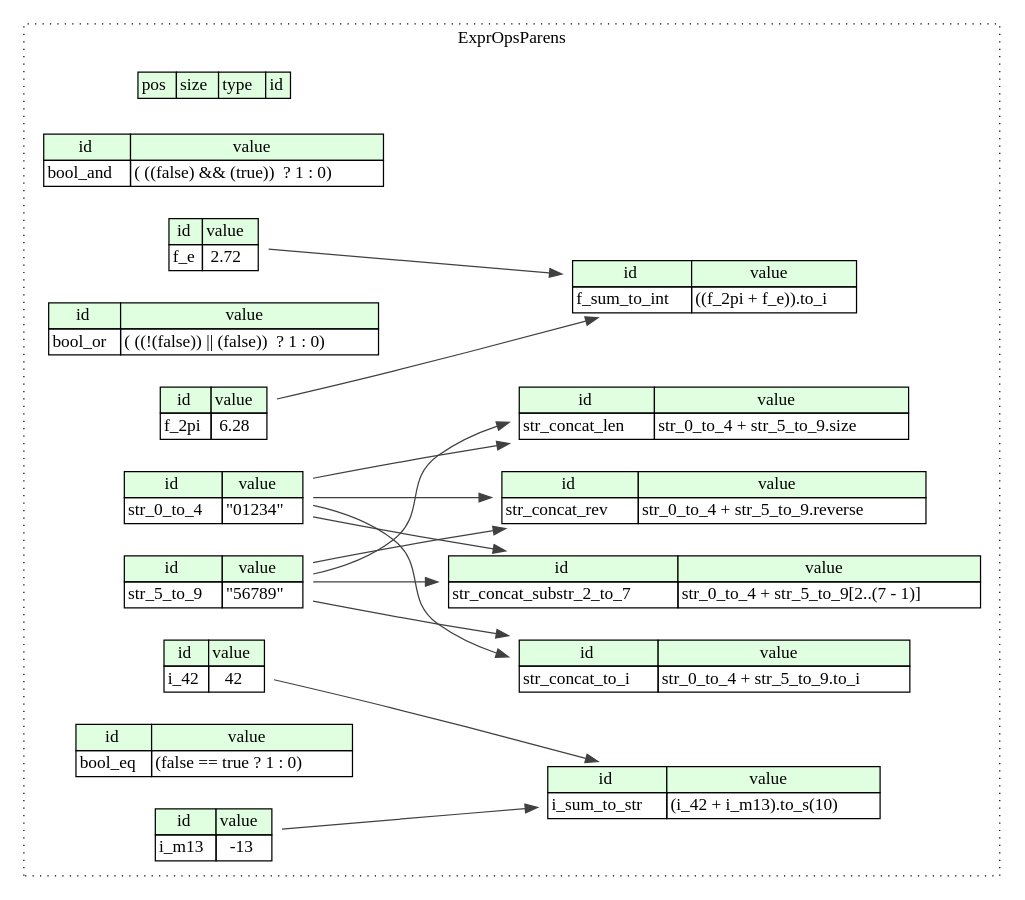
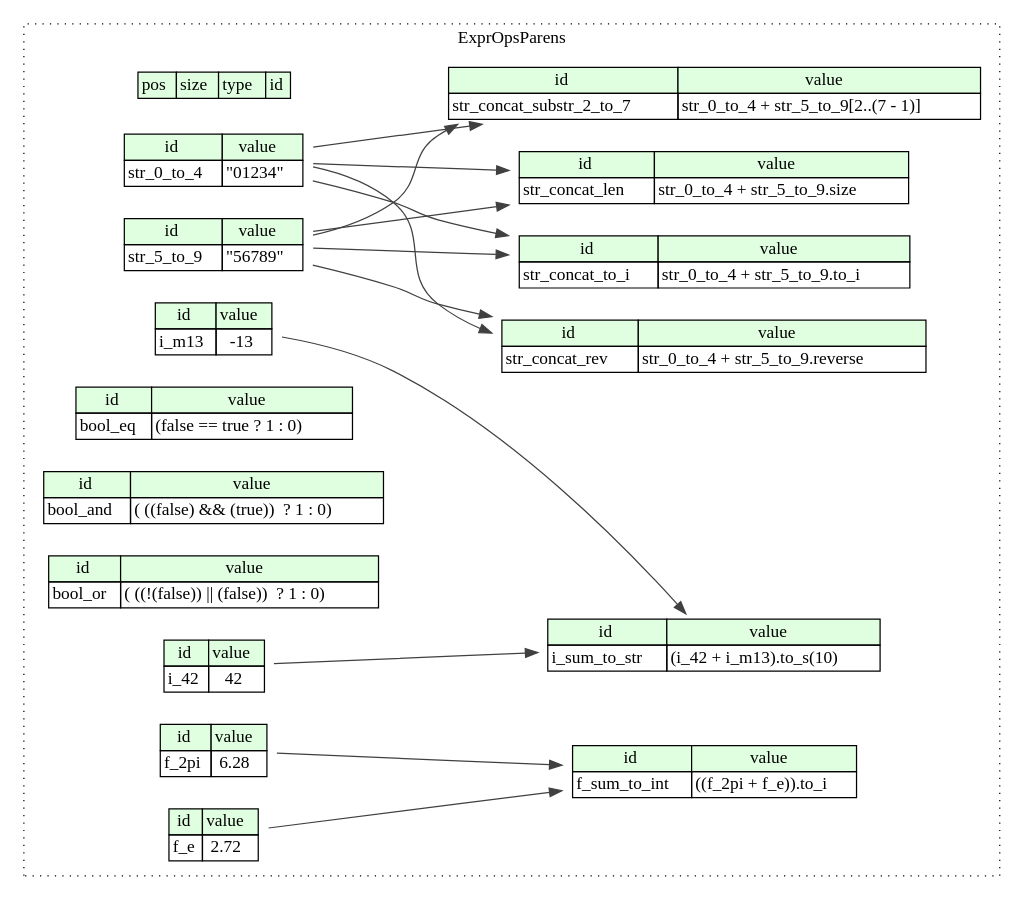
One commit to kaitai-io/ci_targets changed the diagram in compiled/graphviz/expr_ops_parens.dot. Above: the diagram before and after it, drawn with Graphviz. The commit also changed other lines of this file and 388 other files, not shown here.

```diff
--- a/compiled/graphviz/expr_ops_parens.dot
+++ b/compiled/graphviz/expr_ops_parens.dot
@@ -1,84 +1,84 @@
 digraph {
 	rankdir=LR;
 	node [shape=plaintext];
 	subgraph cluster__expr_ops_parens {
 		label="ExprOpsParens";
 		graph[style=dotted];
 
 		expr_ops_parens__seq [label=<<TABLE BORDER="0" CELLBORDER="1" CELLSPACING="0">
 			<TR><TD BGCOLOR="#E0FFE0">pos</TD><TD BGCOLOR="#E0FFE0">size</TD><TD BGCOLOR="#E0FFE0">type</TD><TD BGCOLOR="#E0FFE0">id</TD></TR>
 		</TABLE>>];
-		expr_ops_parens__inst__bool_and [label=<<TABLE BORDER="0" CELLBORDER="1" CELLSPACING="0">
-			<TR><TD BGCOLOR="#E0FFE0">id</TD><TD BGCOLOR="#E0FFE0">value</TD></TR>
-			<TR><TD>bool_and</TD><TD>( ((false) &amp;&amp; (true))  ? 1 : 0)</TD></TR>
-		</TABLE>>];
-		expr_ops_parens__inst__str_0_to_4 [label=<<TABLE BORDER="0" CELLBORDER="1" CELLSPACING="0">
-			<TR><TD BGCOLOR="#E0FFE0">id</TD><TD BGCOLOR="#E0FFE0">value</TD></TR>
-			<TR><TD>str_0_to_4</TD><TD>&quot;01234&quot;</TD></TR>
-		</TABLE>>];
-		expr_ops_parens__inst__bool_or [label=<<TABLE BORDER="0" CELLBORDER="1" CELLSPACING="0">
-			<TR><TD BGCOLOR="#E0FFE0">id</TD><TD BGCOLOR="#E0FFE0">value</TD></TR>
-			<TR><TD>bool_or</TD><TD>( ((!(false)) || (false))  ? 1 : 0)</TD></TR>
-		</TABLE>>];
-		expr_ops_parens__inst__f_e [label=<<TABLE BORDER="0" CELLBORDER="1" CELLSPACING="0">
-			<TR><TD BGCOLOR="#E0FFE0">id</TD><TD BGCOLOR="#E0FFE0">value</TD></TR>
-			<TR><TD>f_e</TD><TD>2.72</TD></TR>
-		</TABLE>>];
-		expr_ops_parens__inst__f_sum_to_int [label=<<TABLE BORDER="0" CELLBORDER="1" CELLSPACING="0">
-			<TR><TD BGCOLOR="#E0FFE0">id</TD><TD BGCOLOR="#E0FFE0">value</TD></TR>
-			<TR><TD>f_sum_to_int</TD><TD>((f_2pi + f_e)).to_i</TD></TR>
-		</TABLE>>];
-		expr_ops_parens__inst__f_2pi [label=<<TABLE BORDER="0" CELLBORDER="1" CELLSPACING="0">
-			<TR><TD BGCOLOR="#E0FFE0">id</TD><TD BGCOLOR="#E0FFE0">value</TD></TR>
-			<TR><TD>f_2pi</TD><TD>6.28</TD></TR>
-		</TABLE>>];
-		expr_ops_parens__inst__str_concat_rev [label=<<TABLE BORDER="0" CELLBORDER="1" CELLSPACING="0">
-			<TR><TD BGCOLOR="#E0FFE0">id</TD><TD BGCOLOR="#E0FFE0">value</TD></TR>
-			<TR><TD>str_concat_rev</TD><TD>str_0_to_4 + str_5_to_9.reverse</TD></TR>
-		</TABLE>>];
 		expr_ops_parens__inst__i_m13 [label=<<TABLE BORDER="0" CELLBORDER="1" CELLSPACING="0">
 			<TR><TD BGCOLOR="#E0FFE0">id</TD><TD BGCOLOR="#E0FFE0">value</TD></TR>
 			<TR><TD>i_m13</TD><TD>-13</TD></TR>
 		</TABLE>>];
 		expr_ops_parens__inst__str_concat_len [label=<<TABLE BORDER="0" CELLBORDER="1" CELLSPACING="0">
 			<TR><TD BGCOLOR="#E0FFE0">id</TD><TD BGCOLOR="#E0FFE0">value</TD></TR>
 			<TR><TD>str_concat_len</TD><TD>str_0_to_4 + str_5_to_9.size</TD></TR>
 		</TABLE>>];
-		expr_ops_parens__inst__str_concat_to_i [label=<<TABLE BORDER="0" CELLBORDER="1" CELLSPACING="0">
+		expr_ops_parens__inst__str_concat_substr_2_to_7 [label=<<TABLE BORDER="0" CELLBORDER="1" CELLSPACING="0">
 			<TR><TD BGCOLOR="#E0FFE0">id</TD><TD BGCOLOR="#E0FFE0">value</TD></TR>
-			<TR><TD>str_concat_to_i</TD><TD>str_0_to_4 + str_5_to_9.to_i</TD></TR>
+			<TR><TD>str_concat_substr_2_to_7</TD><TD>str_0_to_4 + str_5_to_9[2..(7 - 1)]</TD></TR>
+		</TABLE>>];
+		expr_ops_parens__inst__str_0_to_4 [label=<<TABLE BORDER="0" CELLBORDER="1" CELLSPACING="0">
+			<TR><TD BGCOLOR="#E0FFE0">id</TD><TD BGCOLOR="#E0FFE0">value</TD></TR>
+			<TR><TD>str_0_to_4</TD><TD>&quot;01234&quot;</TD></TR>
+		</TABLE>>];
+		expr_ops_parens__inst__str_5_to_9 [label=<<TABLE BORDER="0" CELLBORDER="1" CELLSPACING="0">
+			<TR><TD BGCOLOR="#E0FFE0">id</TD><TD BGCOLOR="#E0FFE0">value</TD></TR>
+			<TR><TD>str_5_to_9</TD><TD>&quot;56789&quot;</TD></TR>
+		</TABLE>>];
+		expr_ops_parens__inst__str_concat_rev [label=<<TABLE BORDER="0" CELLBORDER="1" CELLSPACING="0">
+			<TR><TD BGCOLOR="#E0FFE0">id</TD><TD BGCOLOR="#E0FFE0">value</TD></TR>
+			<TR><TD>str_concat_rev</TD><TD>str_0_to_4 + str_5_to_9.reverse</TD></TR>
+		</TABLE>>];
+		expr_ops_parens__inst__bool_eq [label=<<TABLE BORDER="0" CELLBORDER="1" CELLSPACING="0">
+			<TR><TD BGCOLOR="#E0FFE0">id</TD><TD BGCOLOR="#E0FFE0">value</TD></TR>
+			<TR><TD>bool_eq</TD><TD>(false == true ? 1 : 0)</TD></TR>
+		</TABLE>>];
+		expr_ops_parens__inst__bool_and [label=<<TABLE BORDER="0" CELLBORDER="1" CELLSPACING="0">
+			<TR><TD BGCOLOR="#E0FFE0">id</TD><TD BGCOLOR="#E0FFE0">value</TD></TR>
+			<TR><TD>bool_and</TD><TD>( ((false) &amp;&amp; (true))  ? 1 : 0)</TD></TR>
+		</TABLE>>];
+		expr_ops_parens__inst__i_sum_to_str [label=<<TABLE BORDER="0" CELLBORDER="1" CELLSPACING="0">
+			<TR><TD BGCOLOR="#E0FFE0">id</TD><TD BGCOLOR="#E0FFE0">value</TD></TR>
+			<TR><TD>i_sum_to_str</TD><TD>(i_42 + i_m13).to_s(10)</TD></TR>
+		</TABLE>>];
+		expr_ops_parens__inst__bool_or [label=<<TABLE BORDER="0" CELLBORDER="1" CELLSPACING="0">
+			<TR><TD BGCOLOR="#E0FFE0">id</TD><TD BGCOLOR="#E0FFE0">value</TD></TR>
+			<TR><TD>bool_or</TD><TD>( ((!(false)) || (false))  ? 1 : 0)</TD></TR>
+		</TABLE>>];
+		expr_ops_parens__inst__f_2pi [label=<<TABLE BORDER="0" CELLBORDER="1" CELLSPACING="0">
+			<TR><TD BGCOLOR="#E0FFE0">id</TD><TD BGCOLOR="#E0FFE0">value</TD></TR>
+			<TR><TD>f_2pi</TD><TD>6.28</TD></TR>
+		</TABLE>>];
+		expr_ops_parens__inst__f_sum_to_int [label=<<TABLE BORDER="0" CELLBORDER="1" CELLSPACING="0">
+			<TR><TD BGCOLOR="#E0FFE0">id</TD><TD BGCOLOR="#E0FFE0">value</TD></TR>
+			<TR><TD>f_sum_to_int</TD><TD>((f_2pi + f_e)).to_i</TD></TR>
+		</TABLE>>];
+		expr_ops_parens__inst__f_e [label=<<TABLE BORDER="0" CELLBORDER="1" CELLSPACING="0">
+			<TR><TD BGCOLOR="#E0FFE0">id</TD><TD BGCOLOR="#E0FFE0">value</TD></TR>
+			<TR><TD>f_e</TD><TD>2.72</TD></TR>
 		</TABLE>>];
 		expr_ops_parens__inst__i_42 [label=<<TABLE BORDER="0" CELLBORDER="1" CELLSPACING="0">
 			<TR><TD BGCOLOR="#E0FFE0">id</TD><TD BGCOLOR="#E0FFE0">value</TD></TR>
 			<TR><TD>i_42</TD><TD>42</TD></TR>
 		</TABLE>>];
-		expr_ops_parens__inst__i_sum_to_str [label=<<TABLE BORDER="0" CELLBORDER="1" CELLSPACING="0">
+		expr_ops_parens__inst__str_concat_to_i [label=<<TABLE BORDER="0" CELLBORDER="1" CELLSPACING="0">
 			<TR><TD BGCOLOR="#E0FFE0">id</TD><TD BGCOLOR="#E0FFE0">value</TD></TR>
-			<TR><TD>i_sum_to_str</TD><TD>(i_42 + i_m13).to_s(10)</TD></TR>
-		</TABLE>>];
-		expr_ops_parens__inst__bool_eq [label=<<TABLE BORDER="0" CELLBORDER="1" CELLSPACING="0">
-			<TR><TD BGCOLOR="#E0FFE0">id</TD><TD BGCOLOR="#E0FFE0">value</TD></TR>
-			<TR><TD>bool_eq</TD><TD>(false == true ? 1 : 0)</TD></TR>
-		</TABLE>>];
-		expr_ops_parens__inst__str_5_to_9 [label=<<TABLE BORDER="0" CELLBORDER="1" CELLSPACING="0">
-			<TR><TD BGCOLOR="#E0FFE0">id</TD><TD BGCOLOR="#E0FFE0">value</TD></TR>
-			<TR><TD>str_5_to_9</TD><TD>&quot;56789&quot;</TD></TR>
-		</TABLE>>];
-		expr_ops_parens__inst__str_concat_substr_2_to_7 [label=<<TABLE BORDER="0" CELLBORDER="1" CELLSPACING="0">
-			<TR><TD BGCOLOR="#E0FFE0">id</TD><TD BGCOLOR="#E0FFE0">value</TD></TR>
-			<TR><TD>str_concat_substr_2_to_7</TD><TD>str_0_to_4 + str_5_to_9[2..(7 - 1)]</TD></TR>
+			<TR><TD>str_concat_to_i</TD><TD>str_0_to_4 + str_5_to_9.to_i</TD></TR>
 		</TABLE>>];
 	}
+	expr_ops_parens__inst__str_0_to_4:str_0_to_4_type -> expr_ops_parens__inst__str_concat_len [color="#404040"];
+	expr_ops_parens__inst__str_5_to_9:str_5_to_9_type -> expr_ops_parens__inst__str_concat_len [color="#404040"];
+	expr_ops_parens__inst__str_0_to_4:str_0_to_4_type -> expr_ops_parens__inst__str_concat_substr_2_to_7 [color="#404040"];
+	expr_ops_parens__inst__str_5_to_9:str_5_to_9_type -> expr_ops_parens__inst__str_concat_substr_2_to_7 [color="#404040"];
+	expr_ops_parens__inst__str_0_to_4:str_0_to_4_type -> expr_ops_parens__inst__str_concat_rev [color="#404040"];
+	expr_ops_parens__inst__str_5_to_9:str_5_to_9_type -> expr_ops_parens__inst__str_concat_rev [color="#404040"];
+	expr_ops_parens__inst__i_42:i_42_type -> expr_ops_parens__inst__i_sum_to_str [color="#404040"];
+	expr_ops_parens__inst__i_m13:i_m13_type -> expr_ops_parens__inst__i_sum_to_str [color="#404040"];
 	expr_ops_parens__inst__f_2pi:f_2pi_type -> expr_ops_parens__inst__f_sum_to_int [color="#404040"];
 	expr_ops_parens__inst__f_e:f_e_type -> expr_ops_parens__inst__f_sum_to_int [color="#404040"];
-	expr_ops_parens__inst__str_0_to_4:str_0_to_4_type -> expr_ops_parens__inst__str_concat_rev [color="#404040"];
-	expr_ops_parens__inst__str_5_to_9:str_5_to_9_type -> expr_ops_parens__inst__str_concat_rev [color="#404040"];
-	expr_ops_parens__inst__str_0_to_4:str_0_to_4_type -> expr_ops_parens__inst__str_concat_len [color="#404040"];
-	expr_ops_parens__inst__str_5_to_9:str_5_to_9_type -> expr_ops_parens__inst__str_concat_len [color="#404040"];
 	expr_ops_parens__inst__str_0_to_4:str_0_to_4_type -> expr_ops_parens__inst__str_concat_to_i [color="#404040"];
 	expr_ops_parens__inst__str_5_to_9:str_5_to_9_type -> expr_ops_parens__inst__str_concat_to_i [color="#404040"];
-	expr_ops_parens__inst__i_42:i_42_type -> expr_ops_parens__inst__i_sum_to_str [color="#404040"];
-	expr_ops_parens__inst__i_m13:i_m13_type -> expr_ops_parens__inst__i_sum_to_str [color="#404040"];
-	expr_ops_parens__inst__str_0_to_4:str_0_to_4_type -> expr_ops_parens__inst__str_concat_substr_2_to_7 [color="#404040"];
-	expr_ops_parens__inst__str_5_to_9:str_5_to_9_type -> expr_ops_parens__inst__str_concat_substr_2_to_7 [color="#404040"];
 }
```
